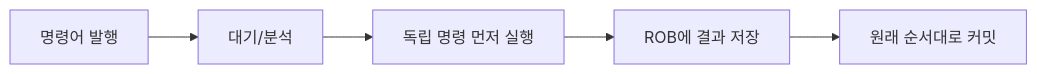
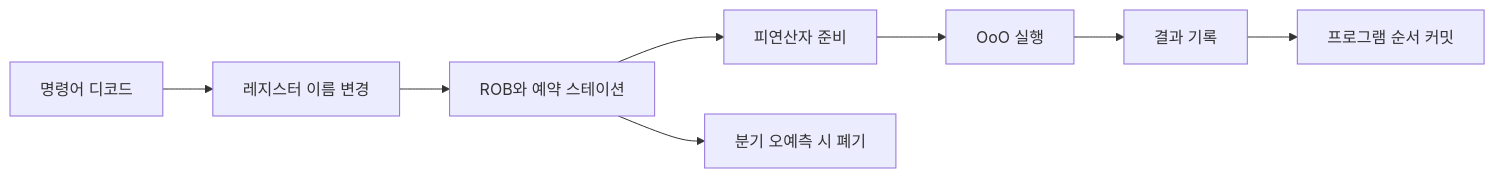
The diagram in docs/cs/computer-arch/2026-07-14-out-of-order-execution.md (chicken8282/CS_TIL), drawn with Mermaid before and after one commit. The commit also changed other lines of this file and 8 other files, not shown here.

````diff
--- a/docs/cs/computer-arch/2026-07-14-out-of-order-execution.md
+++ b/docs/cs/computer-arch/2026-07-14-out-of-order-execution.md
@@ -43,7 +25,10 @@
 ```mermaid
 flowchart LR
-A[명령어 발행] --> B[대기/분석]
-B --> C[독립 명령 먼저 실행]
-C --> D[ROB에 결과 저장]
-D --> E[원래 순서대로 커밋]
+    A["명령어 디코드"] --> B["레지스터 이름 변경"]
+    B --> C["ROB와 예약 스테이션"]
+    C --> D["피연산자 준비"]
+    D --> E["OoO 실행"]
+    E --> F["결과 기록"]
+    F --> G["프로그램 순서 커밋"]
+    C --> H["분기 오예측 시 폐기"]
 ```
````
